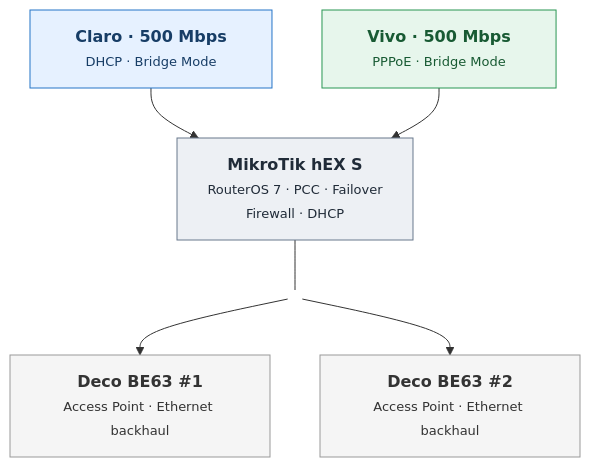
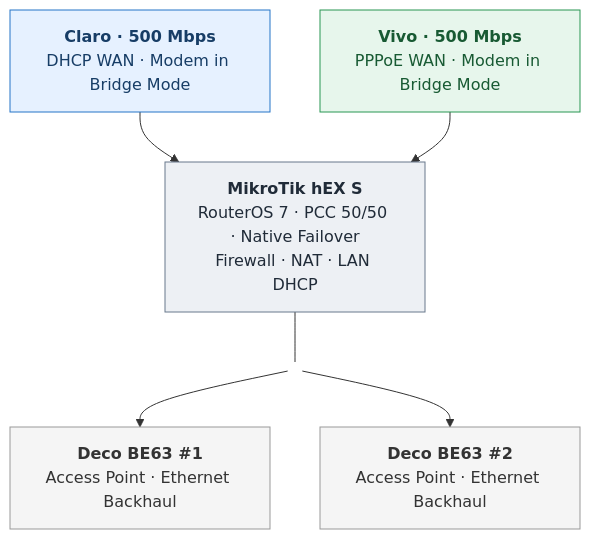
One commit to london36/mikrotik-dualwan-pcc-failover-monitoring changed the diagram in docs/mermaid-topology-preview.md. Above: the diagram before and after it, drawn with Mermaid. The commit also changed other lines of this file, not shown here.

Commit message:
docs: widen Mermaid topology nodes using meaningful labels

````diff
--- a/docs/mermaid-topology-preview.md
+++ b/docs/mermaid-topology-preview.md
@@ -7,27 +5,27 @@
 ```mermaid
 flowchart TB
-    C["&nbsp;&nbsp;&nbsp;<b>Claro · 500 Mbps</b>&nbsp;&nbsp;&nbsp;<br/><font size='2'>DHCP · Bridge Mode</font>"]
-    V["&nbsp;&nbsp;&nbsp;<b>Vivo · 500 Mbps</b>&nbsp;&nbsp;&nbsp;<br/><font size='2'>PPPoE · Bridge Mode</font>"]
-    M["&nbsp;&nbsp;&nbsp;&nbsp;<b>MikroTik hEX S</b>&nbsp;&nbsp;&nbsp;&nbsp;<br/><font size='2'>RouterOS 7 · PCC · Failover<br/>Firewall · DHCP</font>"]
+    C["<b>Claro · 500 Mbps</b><br/>DHCP WAN · Modem in Bridge Mode"]
+    V["<b>Vivo · 500 Mbps</b><br/>PPPoE WAN · Modem in Bridge Mode"]
+    M["<b>MikroTik hEX S</b><br/>RouterOS 7 · PCC 50/50 · Native Failover<br/>Firewall · NAT · LAN DHCP"]
     J((" "))
-    D1["&nbsp;&nbsp;&nbsp;<b>Deco BE63 #1</b>&nbsp;&nbsp;&nbsp;<br/><font size='2'>Access Point · Ethernet backhaul</font>"]
-    D2["&nbsp;&nbsp;&nbsp;<b>Deco BE63 #2</b>&nbsp;&nbsp;&nbsp;<br/><font size='2'>Access Point · Ethernet backhaul</font>"]
+    D1["<b>Deco BE63 #1</b><br/>Access Point · Ethernet Backhaul"]
+    D2["<b>Deco BE63 #2</b><br/>Access Point · Ethernet Backhaul"]
 
     C --> M
     V --> M
     M --- J
     J --> D1
     J --> D2
 
     classDef claro fill:#e6f1ff,stroke:#2474c7,color:#173d66
     classDef vivo fill:#e7f6ec,stroke:#299653,color:#185a33
     classDef router fill:#edf0f4,stroke:#68788c,color:#202b38
     classDef deco fill:#f5f5f5,stroke:#999,color:#333
     classDef junction fill:transparent,stroke:transparent,color:transparent
 
     class C claro
     class V vivo
     class M router
     class D1,D2 deco
     class J junction
 ```
````
